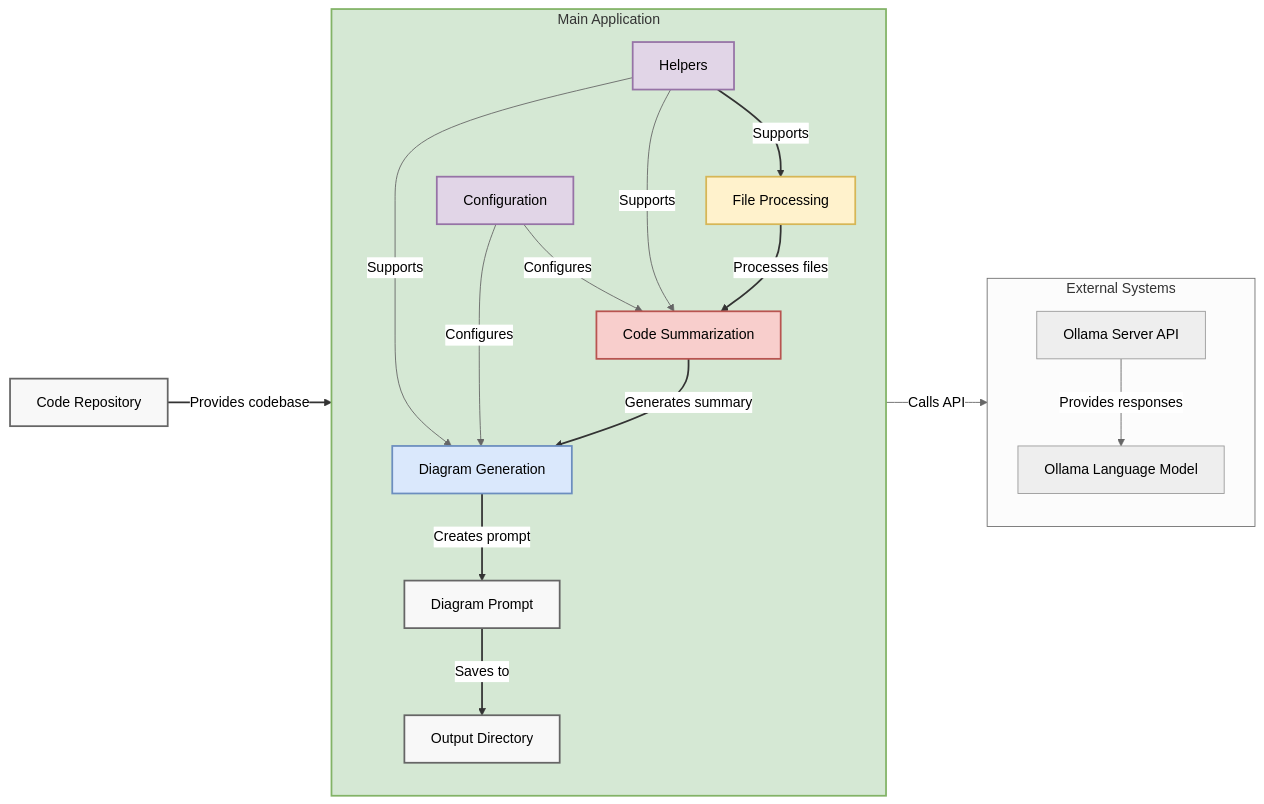
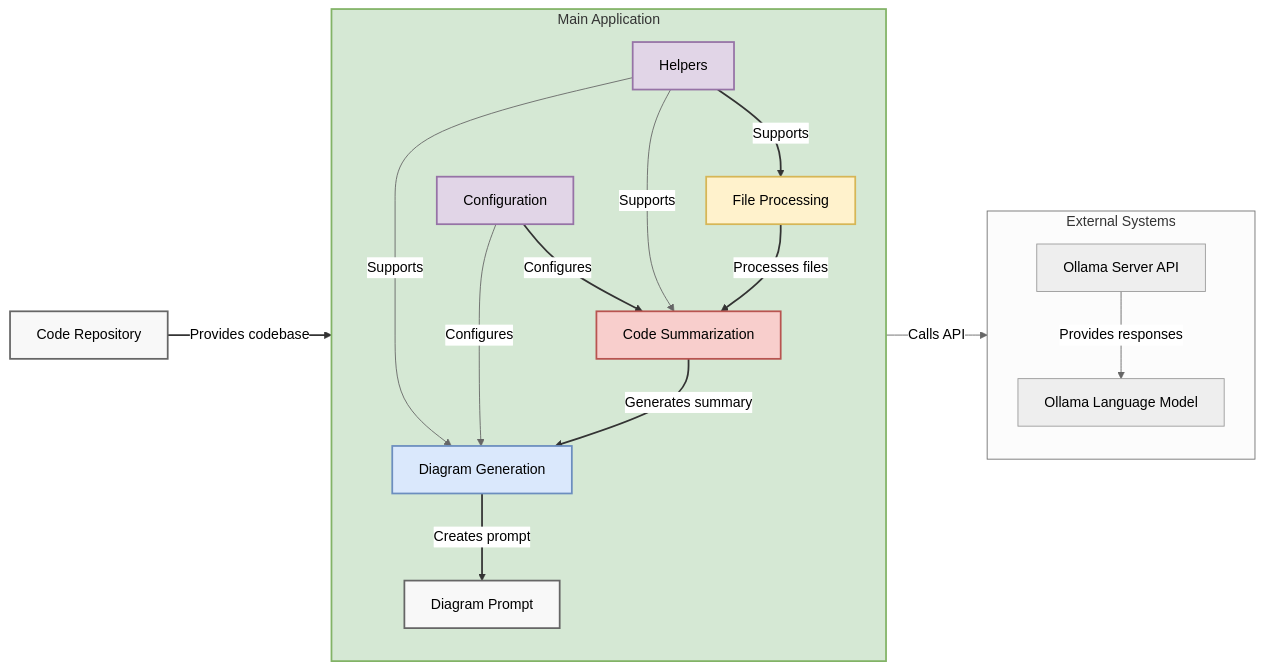
The diagram in README.md (MaartenSmeets/insightcode), drawn with Mermaid (neutral theme) before and after one commit.

````diff
--- a/README.md
+++ b/README.md
@@ -5,61 +5,60 @@
 ```mermaid
 flowchart LR
     %% Define styles for different groups
     classDef mainApp fill:#D5E8D4,stroke:#82B366,stroke-width:2px
     classDef fileProc fill:#FFF2CC,stroke:#D6B656,stroke-width:2px
     classDef summarization fill:#F8CECC,stroke:#B85450,stroke-width:2px
     classDef diagramGen fill:#DAE8FC,stroke:#6C8EBF,stroke-width:2px
     classDef utilities fill:#E1D5E7,stroke:#9673A6,stroke-width:2px
     classDef external fill:#F5F5F5,stroke:#999999,stroke-width:2px
     classDef dataStore fill:#F8F8F8,stroke:#666666,stroke-width:2px
 
     %% Input and Output
     Repository[Code Repository] -->|Provides codebase| FileProcessing[File Processing]
 
     %% Main Application
     subgraph Main_Application [Main Application]
         direction TB
         FileProcessing -->|Processes files| Summarization[Code Summarization]
         Summarization -->|Generates summary| DiagramGeneration[Diagram Generation]
         DiagramGeneration -->|Creates prompt| OutputPrompt[Diagram Prompt]
-        OutputPrompt -->|Saves to| OutputDirectory[Output Directory]
         
         Helpers[Helpers] -->|Supports| FileProcessing
         Configuration[Configuration] -->|Configures| Summarization
         Helpers -->|Supports| Summarization
         Configuration -->|Configures| DiagramGeneration
         Helpers -->|Supports| DiagramGeneration
     end
     class Main_Application mainApp
 
     %% External Systems
     subgraph External_Systems [External Systems]
         direction TB
         Summarization -->|Calls API| OllamaAPI[Ollama Server API]
         OllamaAPI -->|Provides responses| OllamaLLM[Ollama Language Model]
     end
     class OllamaAPI, OllamaLLM
 
     %% Data Stores
-    class Repository,OutputDirectory,OutputPrompt dataStore
+    class Repository,OutputPrompt dataStore
 
     %% Utilities
     class Helpers,Configuration utilities
 
     %% Assign classes to components
     class FileProcessing fileProc
     class Summarization summarization
     class DiagramGeneration diagramGen
 
     %% Layout adjustments to minimize crossing lines
     %% Position external systems to the right
     %% Ensure repository is on the far left
 
     %% Additional styling to enhance professionalism
     linkStyle 0 stroke:#333, stroke-width:2px
     linkStyle 1 stroke:#333, stroke-width:2px
     linkStyle 2 stroke:#333, stroke-width:2px
     linkStyle 3 stroke:#333, stroke-width:2px
     linkStyle 4 stroke:#333, stroke-width:2px
     linkStyle 5 stroke:#333, stroke-width:2px
 ```
````
